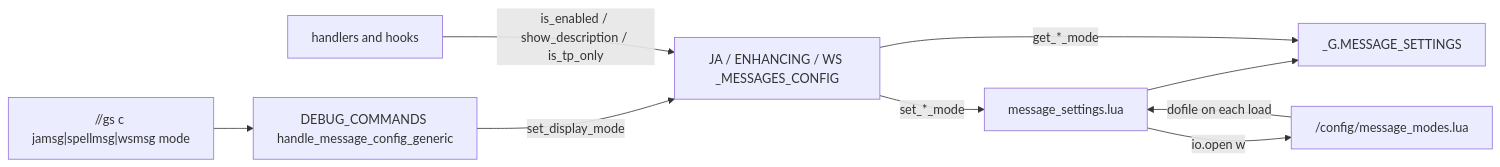
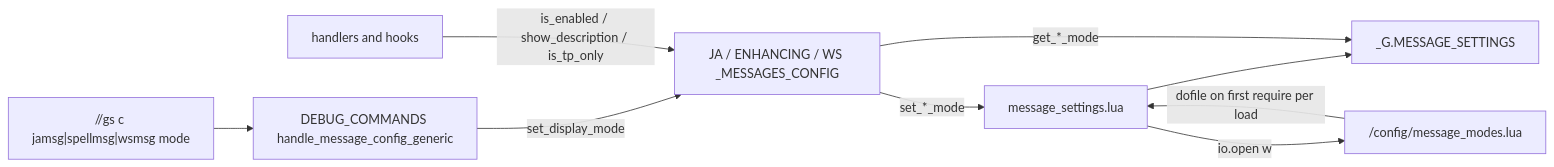
Before and after one commit to ejouanchicot/Gearswap: the third of 3 diagrams in docs/dev/systems/messages.md, drawn with Mermaid. The commit also changed other lines of this file and 14 other files, not shown here.

First line of the commit message:
docs(dev): re-verify systems and architecture pages against the code

````diff
--- a/docs/dev/systems/messages.md
+++ b/docs/dev/systems/messages.md
@@ -386,11 +577,11 @@
 ```mermaid
 flowchart LR
     CMD["//gs c jamsg|spellmsg|wsmsg mode"] --> DC["DEBUG_COMMANDS handle_message_config_generic"]
     DC -->|"set_display_mode"| CFG["JA / ENHANCING / WS _MESSAGES_CONFIG"]
     CFG -->|"set_*_mode"| MS["message_settings.lua"]
     MS --> G["_G.MESSAGE_SETTINGS"]
     MS -->|"io.open w"| FILE["<Char>/config/message_modes.lua"]
-    FILE -->|"dofile on each load"| MS
+    FILE -->|"dofile on first require per load"| MS
     HND["handlers and hooks"] -->|"is_enabled / show_description / is_tp_only"| CFG
     CFG -->|"get_*_mode"| G
 ```
````
